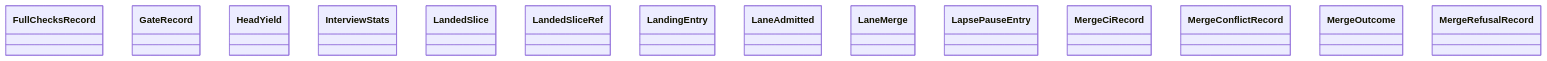
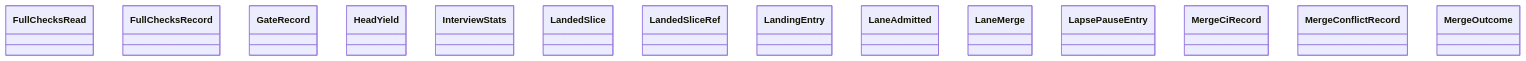
Before and after one commit to GonzaloZevallos/agentic-system: the diagram in docs/architecture/generated/classes-process-domain-state-7.md, drawn with Mermaid. The commit also changed 15 other files, not shown here.

````diff
--- a/docs/architecture/generated/classes-process-domain-state-7.md
+++ b/docs/architecture/generated/classes-process-domain-state-7.md
@@ -32,17 +32,17 @@
 ```mermaid
 classDiagram
+    class task__FullChecksRead["FullChecksRead"]
     class task__FullChecksRecord["FullChecksRecord"]
     class task__GateRecord["GateRecord"]
     class task__HeadYield["HeadYield"]
     class task__InterviewStats["InterviewStats"]
     class task__LandedSlice["LandedSlice"]
     class task__LandedSliceRef["LandedSliceRef"]
     class task__LandingEntry["LandingEntry"]
     class task__LaneAdmitted["LaneAdmitted"]
     class task__LaneMerge["LaneMerge"]
     class task__LapsePauseEntry["LapsePauseEntry"]
     class task__MergeCiRecord["MergeCiRecord"]
     class task__MergeConflictRecord["MergeConflictRecord"]
     class task__MergeOutcome["MergeOutcome"]
-    class task__MergeRefusalRecord["MergeRefusalRecord"]
 ```
````
